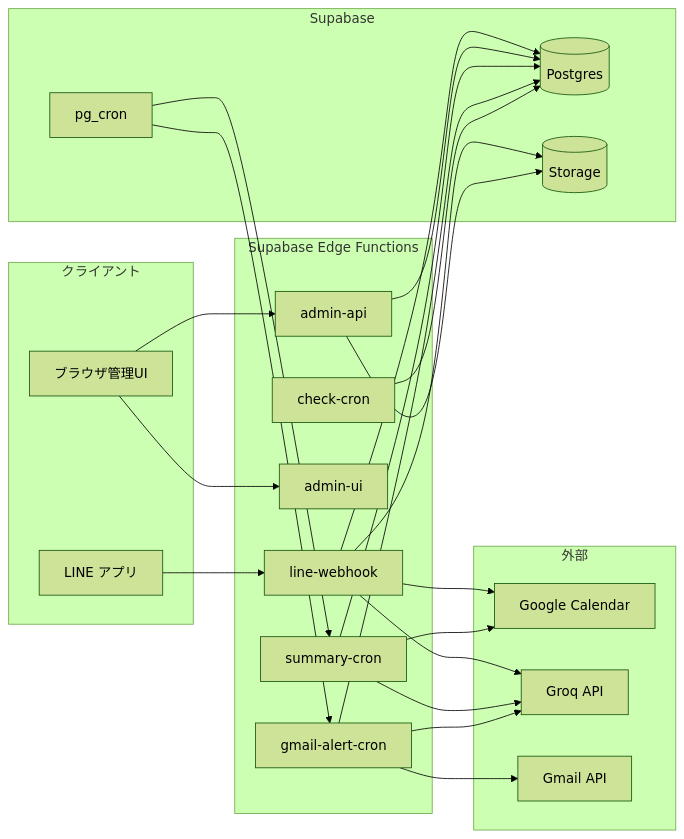
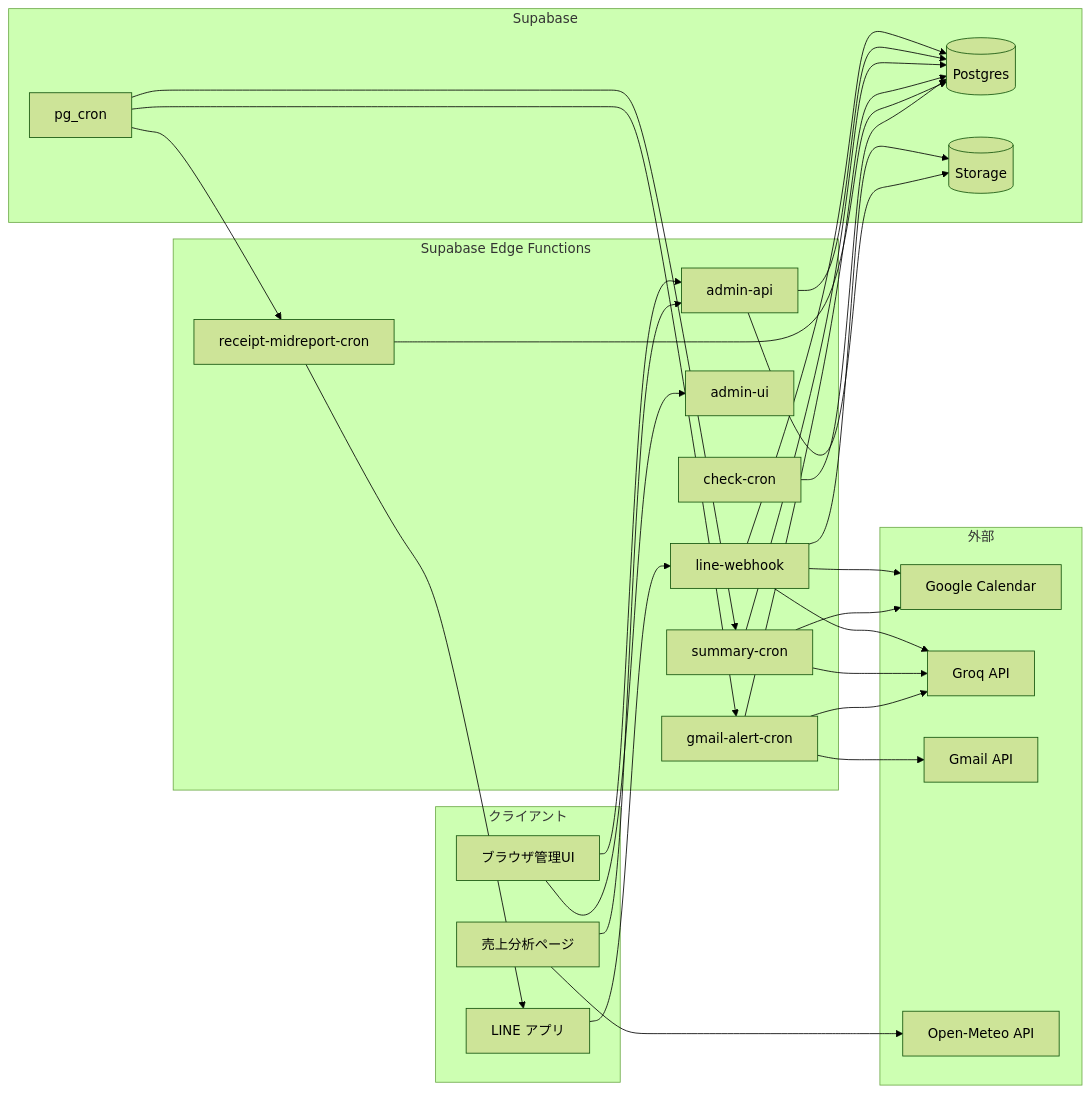
Before and after one commit to MARUGO-s/LINE-management: the diagram in README.md, drawn with Mermaid (forest theme). The commit also changed other lines of this file, not shown here.

First line of the commit message:
Update README: add analytics dashboard, receipt analysis, Flex reports

````diff
--- a/README.md
+++ b/README.md
@@ -64,43 +67,51 @@
 ```mermaid
 flowchart LR
   subgraph clients [クライアント]
     LINE[LINE アプリ]
     Browser[ブラウザ管理UI]
+    Analytics[売上分析ページ]
   end
   subgraph edge [Supabase Edge Functions]
     WH[line-webhook]
     API[admin-api]
     UI[admin-ui]
     SUM[summary-cron]
     GMAIL[gmail-alert-cron]
     CHK[check-cron]
+    MID[receipt-midreport-cron]
   end
   subgraph supa [Supabase]
     PG[(Postgres)]
     ST[(Storage)]
     CRON[pg_cron]
   end
   subgraph ext [外部]
     GCAL[Google Calendar]
     GROQ[Groq API]
     GAPI[Gmail API]
+    WEATHER[Open-Meteo API]
   end
   LINE --> WH
   Browser --> API
   Browser --> UI
+  Analytics --> API
+  Analytics --> WEATHER
   WH --> PG
   WH --> ST
   WH --> GCAL
   WH --> GROQ
   API --> PG
   API --> ST
   SUM --> PG
   SUM --> GROQ
   SUM --> GCAL
   GMAIL --> PG
   GMAIL --> GAPI
   GMAIL --> GROQ
+  MID --> PG
+  MID --> LINE
   CRON --> SUM
   CRON --> GMAIL
+  CRON --> MID
   CHK --> PG
 ```
````
